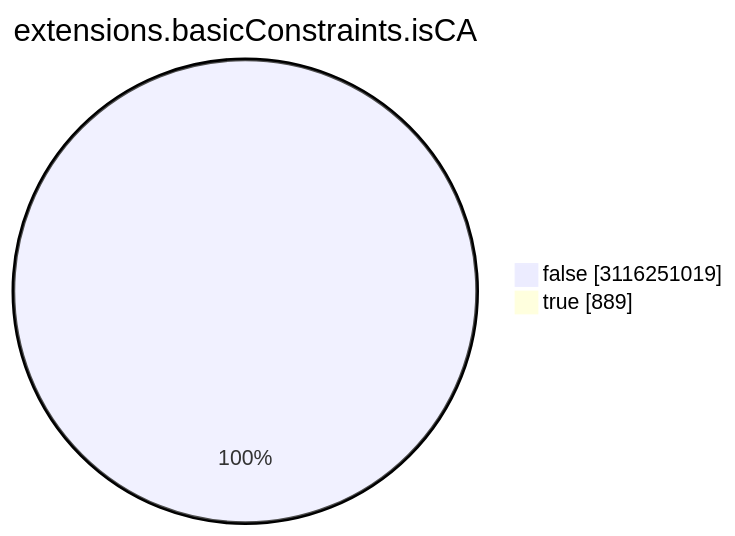
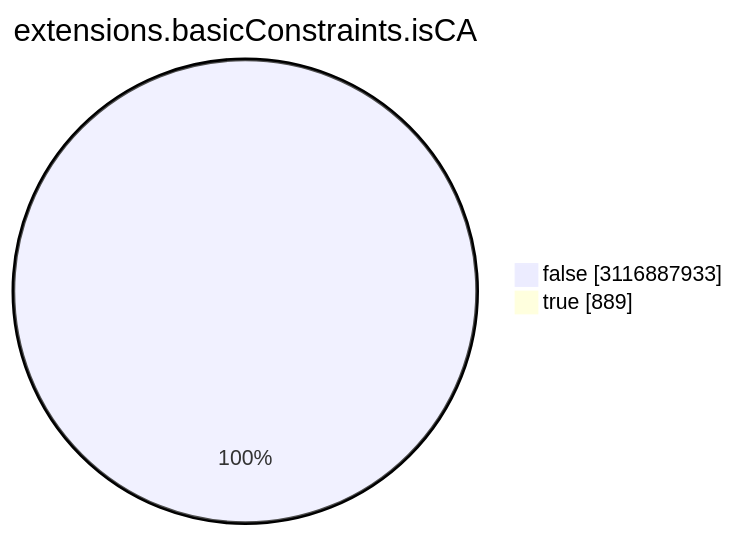
One commit to christiankrug/ctmonitor_visualization changed the seventh of 15 diagrams in TOTAL/README.md. Above: the diagram before and after it, drawn with Mermaid. The commit also changed other lines of this file, not shown here.

````diff
--- a/TOTAL/README.md
+++ b/TOTAL/README.md
@@ -3088,6 +3088,6 @@
 ```mermaid
 pie showData
 title extensions.basicConstraints.isCA
-"false" :3116251019
+"false" :3116887933
 "true" :889
 ```
````
